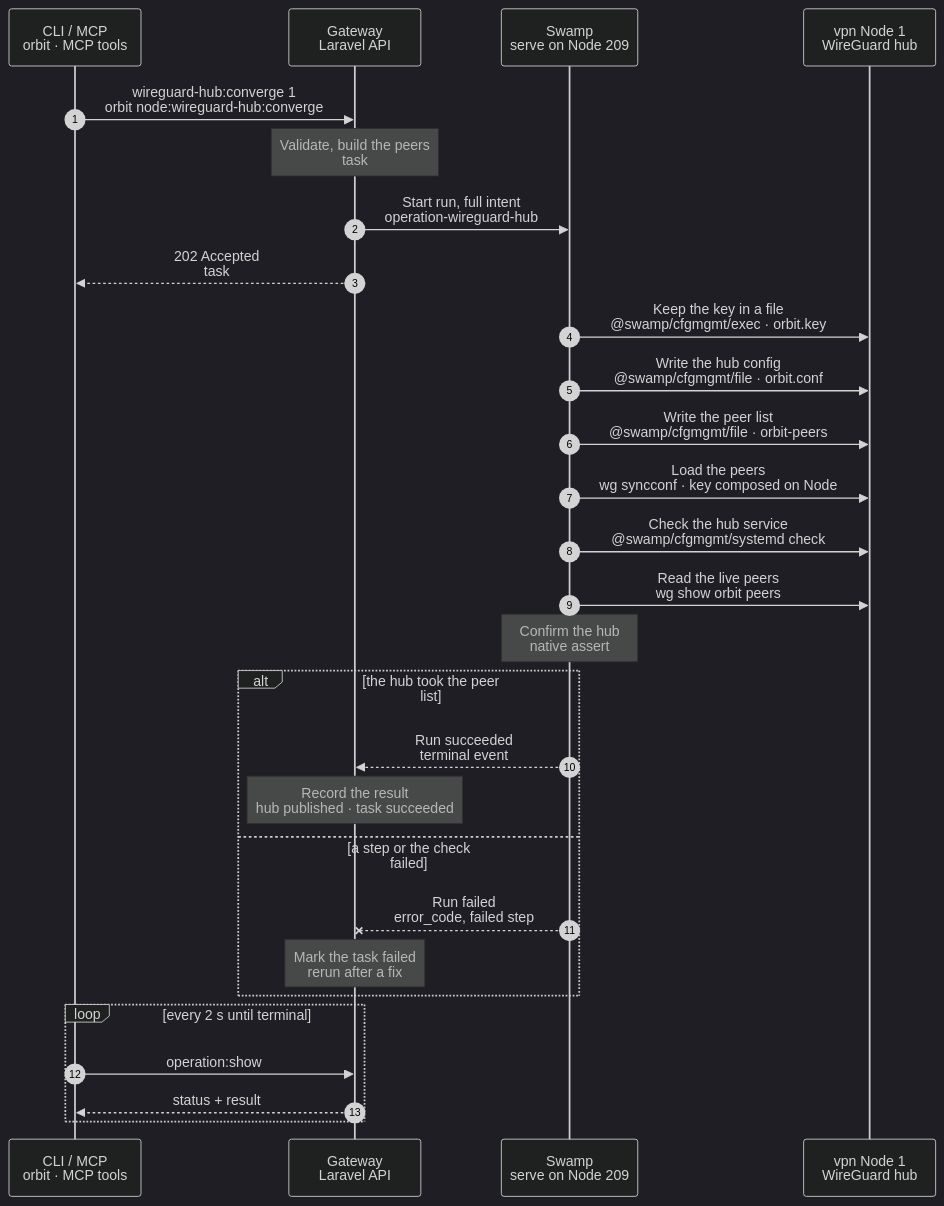
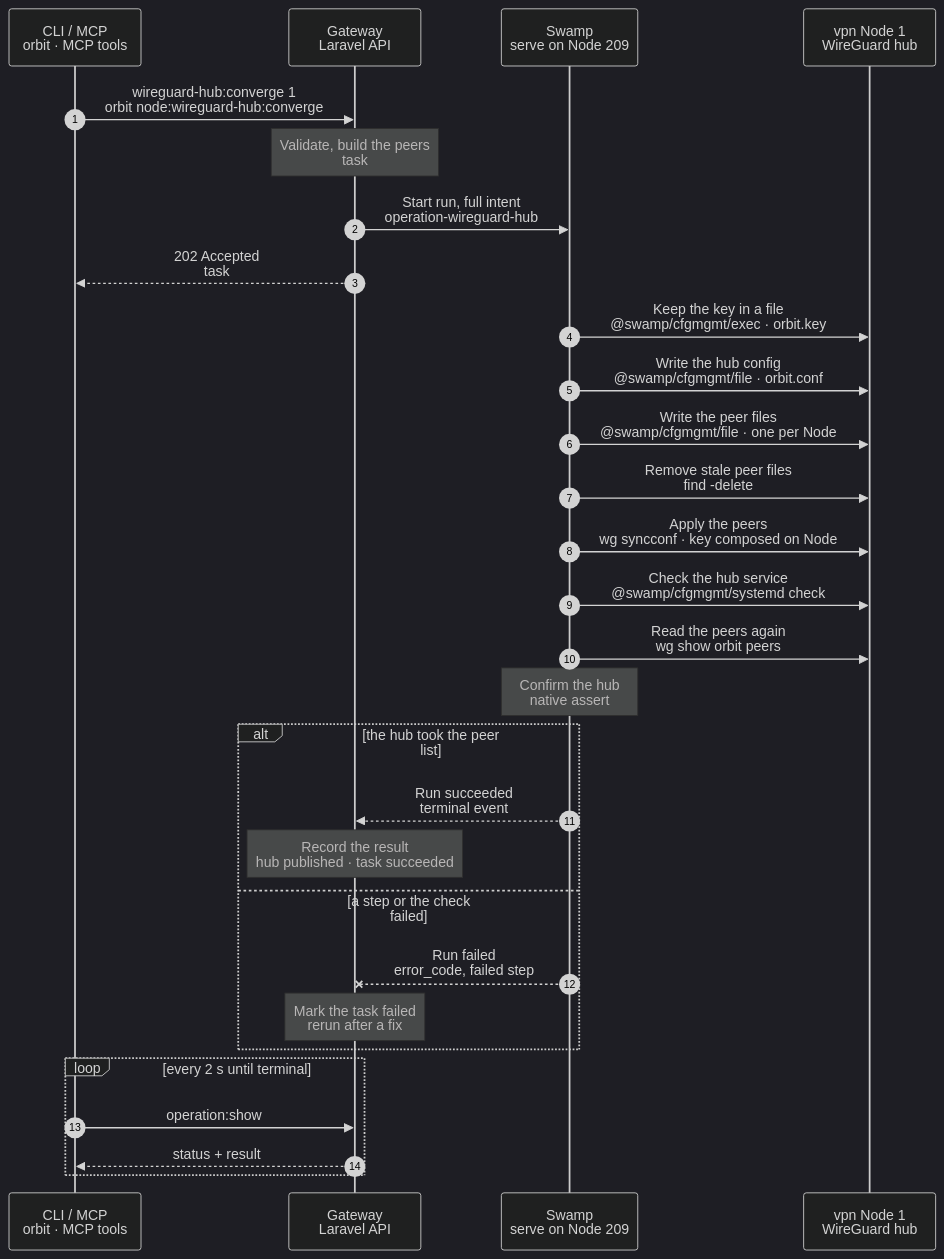
The diagram in docs/cli/node/wireguard-hub-converge.mmd (hardimpactdev/orbit), drawn with Mermaid (dark theme) before and after one commit. The commit also changed 58 other files, not shown here.

```diff
--- a/docs/cli/node/wireguard-hub-converge.mmd
+++ b/docs/cli/node/wireguard-hub-converge.mmd
@@ -1,100 +1,106 @@
 sequenceDiagram
   %% Target design: ADR 0244 task, DECISIONS R2-R4, flow-tighten rules 1, 9, 16, 18, 22, script audit Q-WGHUB, single-swamp-node + light-boxes-use-swamp-ssh (vpn Node 1 has no Swamp worker). docs/reference/wireguard-endpoints.md.
   %% status: draft
   %% command: node:wireguard-hub:converge
   %% kind: node.wireguard_hub_converge
   autonumber
   %% lane CLI icon=terminal pill=caller tone=gray
   %% lane GW icon=gateway pill=intent tone=blue
   %% lane SW icon=workflow pill=executes tone=green
   %% lane N icon=server pill=target tone=amber
   participant CLI as CLI / MCP<br/>orbit · MCP tools
   participant GW as Gateway<br/>Laravel API
   participant SW as Swamp<br/>serve on Node 209
   participant N as vpn Node 1<br/>WireGuard hub
   CLI->>GW: wireguard-hub:converge 1<br/>orbit node:wireguard-hub:converge
   %%> Command:
   %%> - `orbit node:wireguard-hub:converge 1`
   %%> - syntax: `<node> [--idempotency-key=KEY] [--json]`
   %%> Input:
   %%> - the Node with the `vpn` role, by ID or name
   %%> What it does:
   %%> - publishes the current peer list on the WireGuard hub; it changes no peer key or address
   %%> Also used by:
   %%> - `node:network:converge`, `node:wireguard-key` and Node removal run the same hub steps in their own run
   Note over GW: Validate, build the peers<br/>task #5171 · hub lock
   %%> Requirements:
   %%> - your Node has an access grant to Node 1
   %%> - Node 1 holds the active `vpn` role and has stored SSH host keys
   %%> - no other hub change runs; the Gateway holds one lock for the hub and waits briefly for a busy one
   %%> Builds:
   %%> - the complete peer list: public key and allowed address of every active Node
   %%> Result:
   %%> - task #5171 recorded with the full intent; no private key in it
   GW->>SW: Start run, full intent<br/>operation-wireguard-hub
   %%> What it does:
   %%> - starts one Swamp run on serve (Node 209)
   %%> Inputs:
   %%> - the rendered hub file and peer sections, and the port: public key and WireGuard address of every other active Node
   %%> - Node 1's address and SSH host keys; the SSH identity comes from the `swamp` role
   %%> Not included:
   %%> - the hub's private key; it stays on Node 1
   GW-->>CLI: 202 Accepted<br/>task #5171
   %%> What you get:
   %%> - the task number, at once
   %%> Next:
   %%> - the CLI follows the task with `operation:show`
   SW->>N: Keep the key in a file<br/>@swamp/cfgmgmt/exec · orbit.key
   %%> What it does:
   %%> - once per hub, moves the running private key into `/etc/wireguard/orbit.key` (0600)
   %%> - skipped when the key file exists; the key never leaves the Node
   SW->>N: Write the hub config<br/>@swamp/cfgmgmt/file · orbit.conf
   %%> What it does:
   %%> - writes the Gateway-rendered wg-quick file (0600, root); its `PostUp` reads the key file, so the file holds no secret
-  SW->>N: Write the peer list<br/>@swamp/cfgmgmt/file · orbit-peers
+  %%> - it holds no peer: a second `PostUp` loads every file in `/etc/wireguard/orbit-peers.d` when the tunnel starts
+  SW->>N: Write the peer files<br/>@swamp/cfgmgmt/file · one per Node
   %%> What it does:
-  %%> - writes only the `[Peer]` sections, in the plain `wg` format; runs beside the hub config
-  SW->>N: Load the peers<br/>wg syncconf · key composed on Node
+  %%> - writes one `[Peer]` file per Node, `orbit-peers.d/<node id>.conf`, beside the hub config
+  %%> Why one file per peer:
+  %%> - a run that adds one Node writes only that Node's file, so runs that overlap never drop each other's peers
+  SW->>N: Remove stale peer files<br/>find -delete
   %%> What it does:
-  %%> - one command composes the `syncconf` input on the Node at apply time: `PrivateKey` from `orbit.key`, the port, then the peers file
+  %%> - deletes peer files of Nodes that are gone; a Node still provisioning keeps its file, because its own run may be adding it
+  SW->>N: Apply the peers<br/>wg syncconf · key composed on Node
+  %%> What it does:
+  %%> - one command composes the `syncconf` input on the Node at apply time: `PrivateKey` from `orbit.key`, the port, then every peer file
   %%> - new peers are added and stale ones removed; unchanged peers keep their sessions, and the interface keeps its key
   %%> Why the key is composed in:
   %%> - `wg syncconf` drops the interface key when its input has none (proved on the topology, 2026-11-02)
   %%> Decided by Nick:
   %%> - the hub private key never leaves the Node: no secret enters the Gateway, the vault or the run history
   SW->>N: Check the hub service<br/>@swamp/cfgmgmt/systemd check
   %%> What it does:
   %%> - checks `wg-quick@orbit` is running and enabled
-  SW->>N: Read the live peers<br/>wg show orbit peers
+  SW->>N: Read the peers again<br/>wg show orbit peers
   %%> What it does:
   %%> - reads the live peer list for the end check
   Note over SW: Confirm the hub<br/>native assert
   %%> What it does:
-  %%> - fails the run unless the service check is compliant and the live peers are exactly the admitted ones
+  %%> - fails the run unless the service check is compliant and every admitted peer is live
   %%> No rollback:
   %%> - a failed step leaves the hub as it is; a rerun writes and loads the same files again
   alt the hub took the peer list
     SW-->>GW: Run succeeded<br/>terminal event
     %%> How the Gateway learns it:
     %%> - its shared run reader sees the terminal event; Swamp never calls the Gateway
     Note over GW: Record the result<br/>hub published · task succeeded
     %%> Result:
     %%> - task #5171 succeeds with `projected: true`
   else a step or the check failed
     SW--xGW: Run failed<br/>error_code, failed step
     %%> The Gateway reads:
     %%> - which step failed and its exit code
     Note over GW: Mark the task failed<br/>rerun after a fix
     %%> Result:
     %%> - task #5171 fails; peers set before the failure stay
     %%> Retry:
     %%> - run the same command again after fixing the cause; it is a new task
   end
   loop every 2 s until terminal
     CLI->>GW: operation:show #5171
     %%> What it does:
     %%> - asks for the task's status every 2 seconds until it has ended
     GW-->>CLI: status + result
     %%> Returns:
     %%> - the current status, and the result once the task has ended
   end
```
